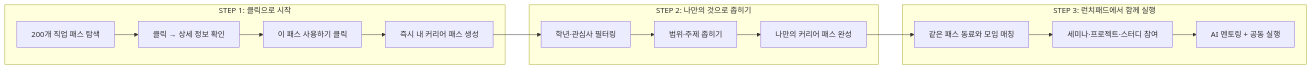
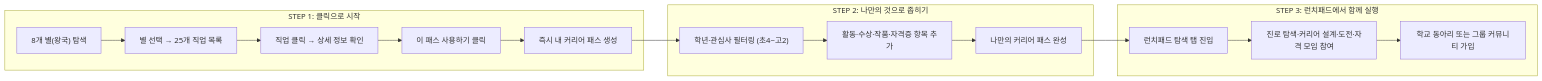
One commit to Collegenie-X/AI-career-path changed the second of 7 diagrams in INVESTMENT_PROPOSAL.md. Above: the diagram before and after it, drawn with Mermaid. The commit also changed other lines of this file and 12 other files, not shown here.

````diff
--- a/INVESTMENT_PROPOSAL.md
+++ b/INVESTMENT_PROPOSAL.md
@@ -143,18 +140,19 @@
 ```mermaid
 graph LR
     subgraph "STEP 1: 클릭으로 시작"
-        A["200개 직업 패스 탐색"] --> B["클릭 → 상세 정보 확인"]
-        B --> C["이 패스 사용하기 클릭"]
-        C --> D["즉시 내 커리어 패스 생성"]
+        A["8개 별(왕국) 탐색"] --> B["별 선택 → 25개 직업 목록"]
+        B --> C["직업 클릭 → 상세 정보 확인"]
+        C --> D["이 패스 사용하기 클릭"]
+        D --> E["즉시 내 커리어 패스 생성"]
     end
     subgraph "STEP 2: 나만의 것으로 좁히기"
-        D --> E["학년·관심사 필터링"]
-        E --> F["범위·주제 좁히기"]
-        F --> G["나만의 커리어 패스 완성"]
+        E --> F["학년·관심사 필터링 (초4~고2)"]
+        F --> G["활동·수상·작품·자격증 항목 추가"]
+        G --> H["나만의 커리어 패스 완성"]
     end
     subgraph "STEP 3: 런치패드에서 함께 실행"
-        G --> H["같은 패스 동료와 모임 매칭"]
-        H --> I["세미나·프로젝트·스터디 참여"]
-        I --> J["AI 멘토링 + 공동 실행"]
+        H --> I["런치패드 탐색 탭 진입"]
+        I --> J["진로 탐색·커리어 설계·도전·자격 모임 참여"]
+        J --> K["학교 동아리 또는 그룹 커뮤니티 가입"]
     end
 ```
````
